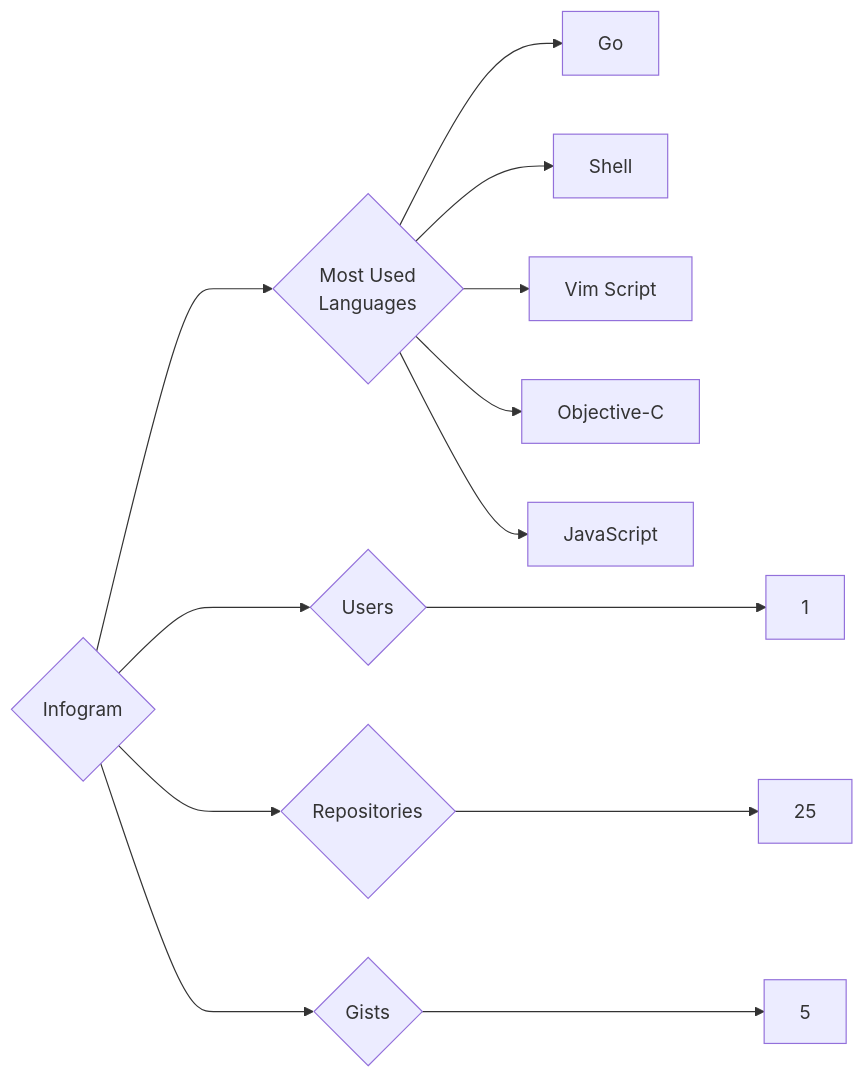
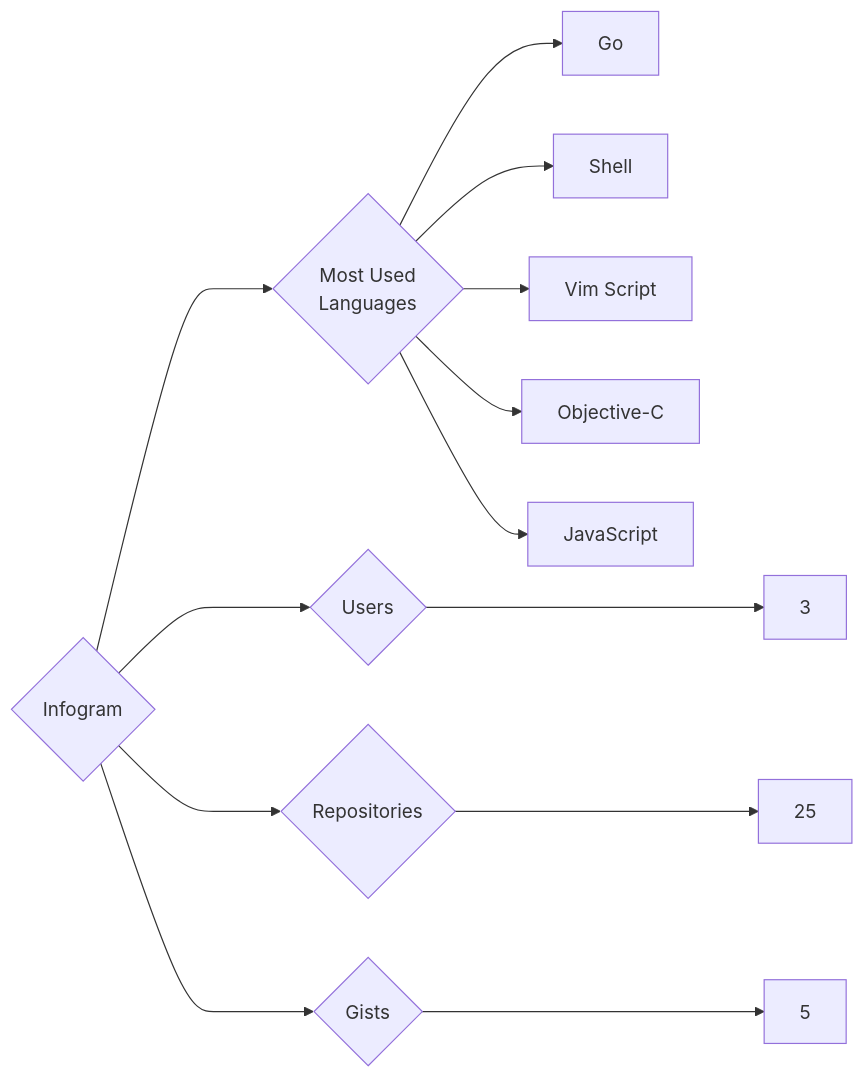
Before and after one commit to trickest/insiders: the diagram in targets/Infogram/README.md, drawn with Mermaid. The commit also changed 718 other files, not shown here.

````diff
--- a/targets/Infogram/README.md
+++ b/targets/Infogram/README.md
@@ -3,13 +3,13 @@
 ```mermaid
 graph LR
 COMPANY_NAME{Infogram}
-COMPANY_NAME ---> U{Users} ---> UN[1]
+COMPANY_NAME ---> U{Users} ---> UN[3]
 COMPANY_NAME ---> R{Repositories} ---> RN[25]
 COMPANY_NAME ---> G{Gists} ---> GN[5]
 COMPANY_NAME ---> ML{Most Used<br>Languages}
 ML --> Go[Go]
 ML --> Shell[Shell]
 ML --> Vim_Script[Vim Script]
 ML --> Objective-C[Objective-C]
 ML --> JavaScript[JavaScript]
 ```
````
